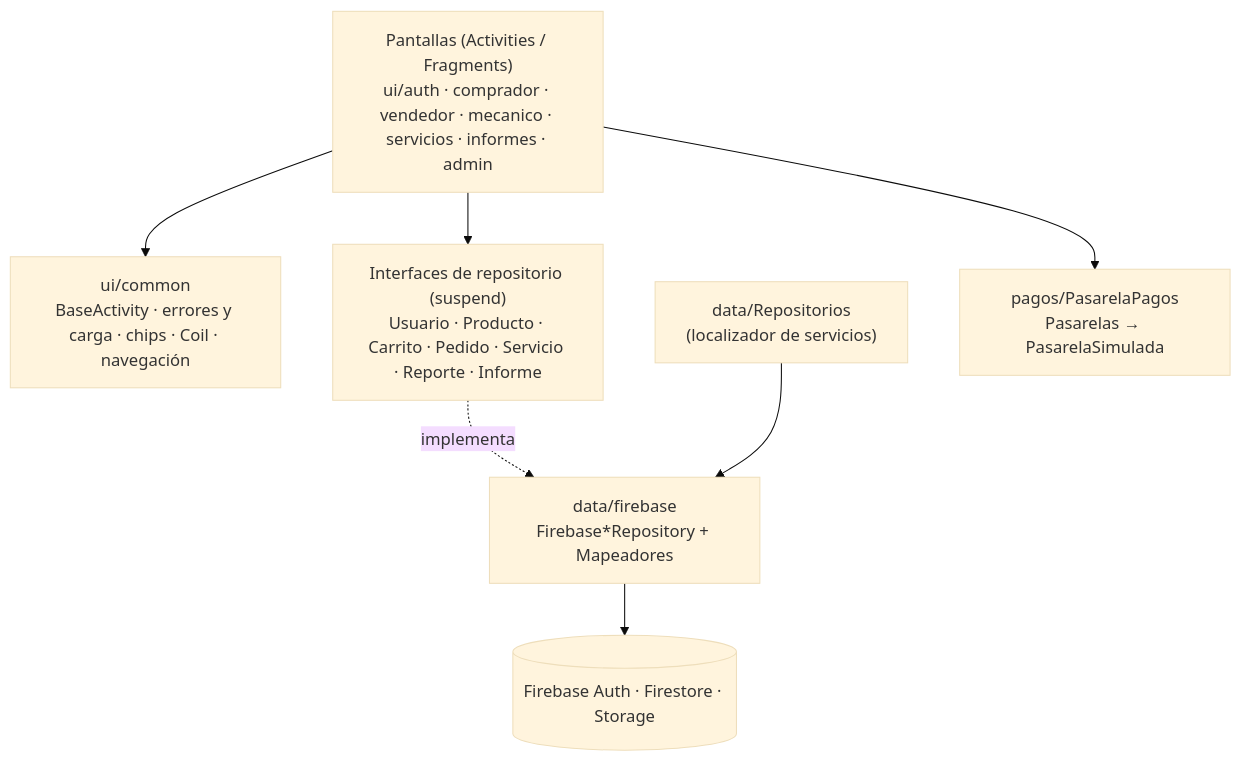
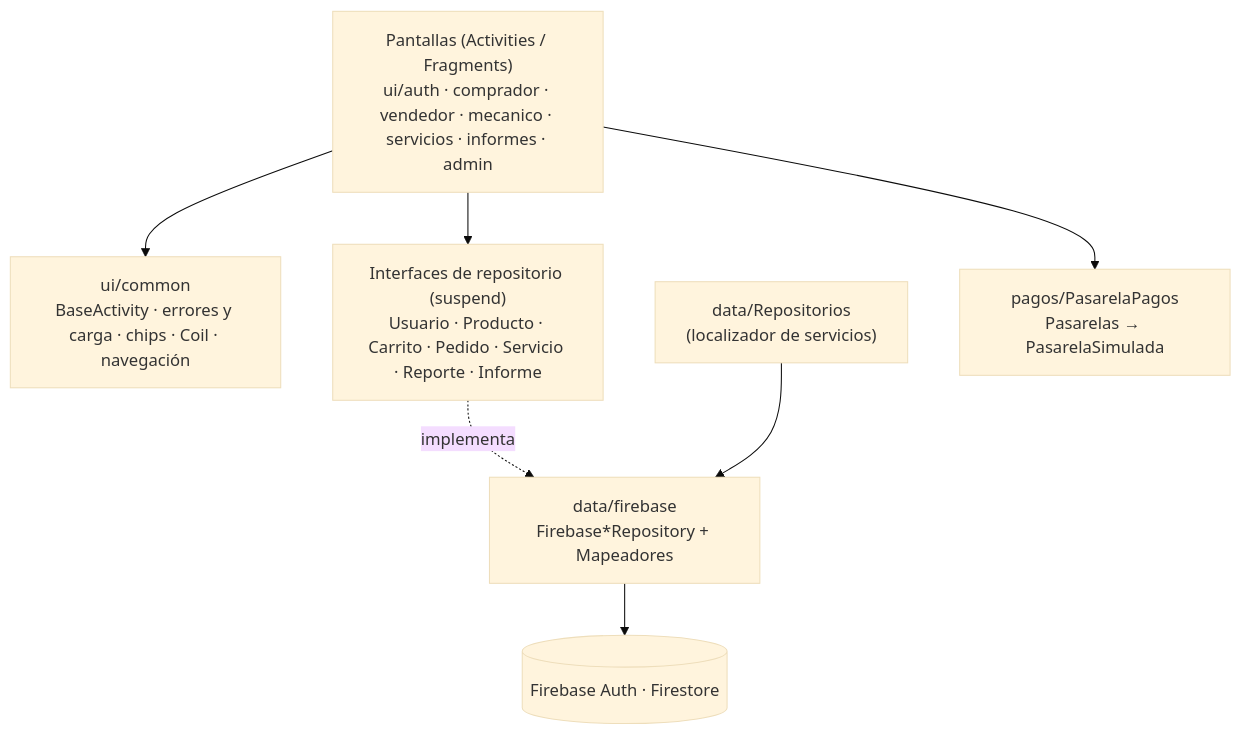
The first of 6 diagrams in docs/documento-tecnico.md (BStivenRamirezM/MotoMarket), drawn with Mermaid (base theme) before and after one commit. The commit also changed other lines of this file and 21 other files, not shown here.

Commit message:
Imágenes de productos en Base64 dentro de Firestore, sin Firebase Storage

````diff
--- a/docs/documento-tecnico.md
+++ b/docs/documento-tecnico.md
@@ -97,16 +97,16 @@
 ```mermaid
 flowchart TD
     UI["Pantallas (Activities / Fragments)<br/>ui/auth · comprador · vendedor · mecanico · servicios · informes · admin"]
     COMMON["ui/common<br/>BaseActivity · errores y carga · chips · Coil · navegación"]
     REPO["Interfaces de repositorio (suspend)<br/>Usuario · Producto · Carrito · Pedido · Servicio · Reporte · Informe"]
     SL["data/Repositorios<br/>(localizador de servicios)"]
     FB["data/firebase<br/>Firebase*Repository + Mapeadores"]
     PAY["pagos/PasarelaPagos<br/>Pasarelas → PasarelaSimulada"]
-    FIRE[("Firebase Auth · Firestore · Storage")]
+    FIRE[("Firebase Auth · Firestore")]
     UI --> COMMON
     UI --> REPO
     UI --> PAY
     REPO -.implementa.-> FB
     SL --> FB
     FB --> FIRE
 ```
````
